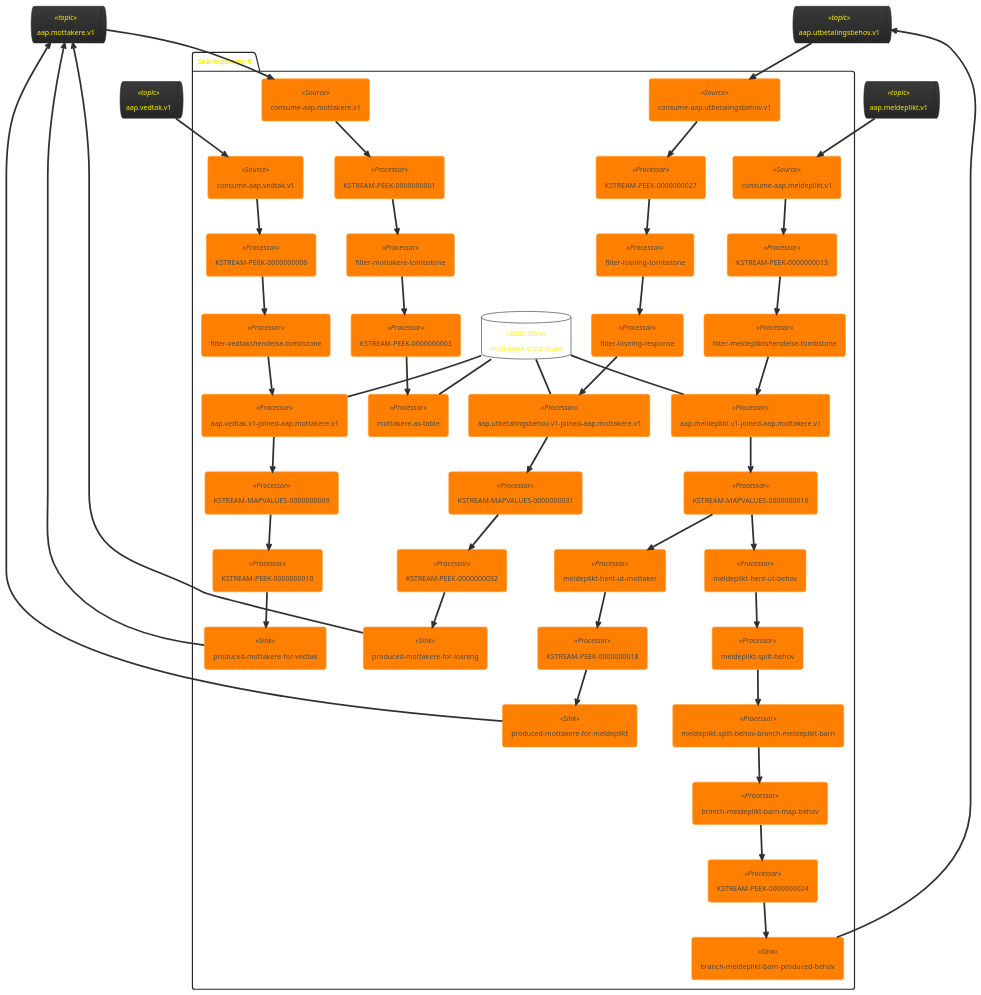
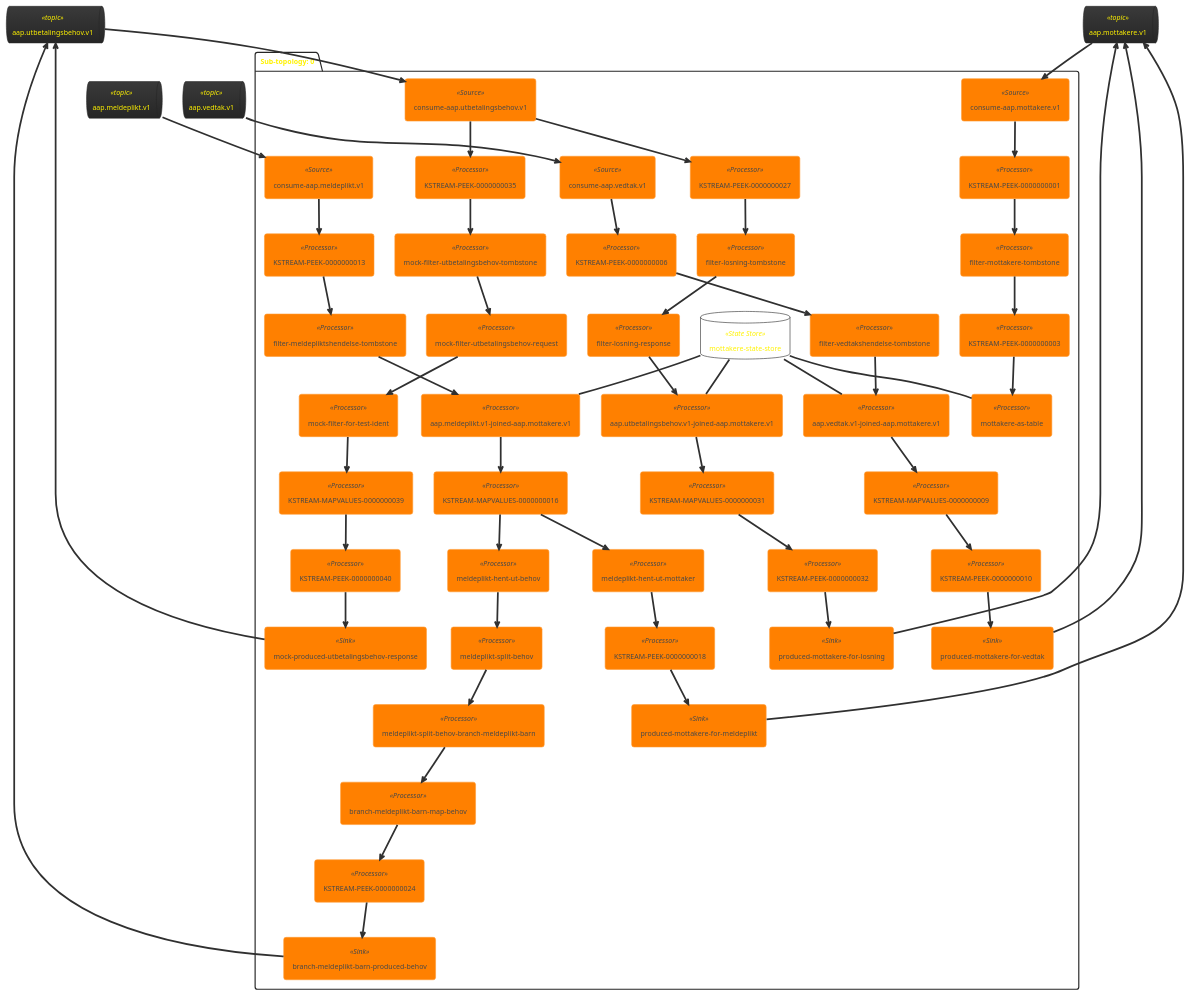
One commit to navikt/aap-utbetaling changed the diagram in doc/topology.puml. Above: the diagram before and after it, drawn with PlantUML. The commit also changed 3 other files, not shown here.

Commit message:
Oppretter mock for å svare på utbetalingsbehov

```diff
--- a/doc/topology.puml
+++ b/doc/topology.puml
@@ -1,86 +1,101 @@
 @startuml
 !theme black-knight
 queue "aap.utbetalingsbehov.v1" <<topic>> as aap_utbetalingsbehov_v1
 queue "aap.mottakere.v1" <<topic>> as aap_mottakere_v1
 queue "aap.meldeplikt.v1" <<topic>> as aap_meldeplikt_v1
 queue "aap.vedtak.v1" <<topic>> as aap_vedtak_v1
 package "Sub-topology: 0" {
 	database "mottakere-state-store" <<State Store>> as mottakere_state_store
+	agent "consume-aap.utbetalingsbehov.v1" <<Source>> as consume_aap_utbetalingsbehov_v1
 	agent "consume-aap.meldeplikt.v1" <<Source>> as consume_aap_meldeplikt_v1
 	agent "KSTREAM-PEEK-0000000013" <<Processor>> as KSTREAM_PEEK_0000000013
 	agent "filter-meldepliktshendelse-tombstone" <<Processor>> as filter_meldepliktshendelse_tombstone
 	agent "aap.meldeplikt.v1-joined-aap.mottakere.v1" <<Processor>> as aap_meldeplikt_v1_joined_aap_mottakere_v1
 	agent "KSTREAM-MAPVALUES-0000000016" <<Processor>> as KSTREAM_MAPVALUES_0000000016
-	agent "consume-aap.utbetalingsbehov.v1" <<Source>> as consume_aap_utbetalingsbehov_v1
 	agent "KSTREAM-PEEK-0000000027" <<Processor>> as KSTREAM_PEEK_0000000027
+	agent "KSTREAM-PEEK-0000000035" <<Processor>> as KSTREAM_PEEK_0000000035
 	agent "consume-aap.vedtak.v1" <<Source>> as consume_aap_vedtak_v1
 	agent "KSTREAM-PEEK-0000000006" <<Processor>> as KSTREAM_PEEK_0000000006
 	agent "filter-losning-tombstone" <<Processor>> as filter_losning_tombstone
 	agent "meldeplikt-hent-ut-behov" <<Processor>> as meldeplikt_hent_ut_behov
+	agent "mock-filter-utbetalingsbehov-tombstone" <<Processor>> as mock_filter_utbetalingsbehov_tombstone
 	agent "consume-aap.mottakere.v1" <<Source>> as consume_aap_mottakere_v1
 	agent "filter-losning-response" <<Processor>> as filter_losning_response
 	agent "filter-vedtakshendelse-tombstone" <<Processor>> as filter_vedtakshendelse_tombstone
 	agent "meldeplikt-split-behov" <<Processor>> as meldeplikt_split_behov
+	agent "mock-filter-utbetalingsbehov-request" <<Processor>> as mock_filter_utbetalingsbehov_request
 	agent "KSTREAM-PEEK-0000000001" <<Processor>> as KSTREAM_PEEK_0000000001
 	agent "aap.utbetalingsbehov.v1-joined-aap.mottakere.v1" <<Processor>> as aap_utbetalingsbehov_v1_joined_aap_mottakere_v1
 	agent "aap.vedtak.v1-joined-aap.mottakere.v1" <<Processor>> as aap_vedtak_v1_joined_aap_mottakere_v1
 	agent "meldeplikt-split-behov-branch-meldeplikt-barn" <<Processor>> as meldeplikt_split_behov_branch_meldeplikt_barn
+	agent "mock-filter-for-test-ident" <<Processor>> as mock_filter_for_test_ident
 	agent "KSTREAM-MAPVALUES-0000000009" <<Processor>> as KSTREAM_MAPVALUES_0000000009
 	agent "KSTREAM-MAPVALUES-0000000031" <<Processor>> as KSTREAM_MAPVALUES_0000000031
+	agent "KSTREAM-MAPVALUES-0000000039" <<Processor>> as KSTREAM_MAPVALUES_0000000039
 	agent "branch-meldeplikt-barn-map-behov" <<Processor>> as branch_meldeplikt_barn_map_behov
 	agent "filter-mottakere-tombstone" <<Processor>> as filter_mottakere_tombstone
 	agent "meldeplikt-hent-ut-mottaker" <<Processor>> as meldeplikt_hent_ut_mottaker
 	agent "KSTREAM-PEEK-0000000003" <<Processor>> as KSTREAM_PEEK_0000000003
 	agent "KSTREAM-PEEK-0000000010" <<Processor>> as KSTREAM_PEEK_0000000010
 	agent "KSTREAM-PEEK-0000000018" <<Processor>> as KSTREAM_PEEK_0000000018
 	agent "KSTREAM-PEEK-0000000024" <<Processor>> as KSTREAM_PEEK_0000000024
 	agent "KSTREAM-PEEK-0000000032" <<Processor>> as KSTREAM_PEEK_0000000032
+	agent "KSTREAM-PEEK-0000000040" <<Processor>> as KSTREAM_PEEK_0000000040
 	agent "branch-meldeplikt-barn-produced-behov" <<Sink>> as branch_meldeplikt_barn_produced_behov
+	agent "mock-produced-utbetalingsbehov-response" <<Sink>> as mock_produced_utbetalingsbehov_response
 	agent "mottakere-as-table" <<Processor>> as mottakere_as_table
 	agent "produced-mottakere-for-losning" <<Sink>> as produced_mottakere_for_losning
 	agent "produced-mottakere-for-meldeplikt" <<Sink>> as produced_mottakere_for_meldeplikt
 	agent "produced-mottakere-for-vedtak" <<Sink>> as produced_mottakere_for_vedtak
+	aap_utbetalingsbehov_v1 --> consume_aap_utbetalingsbehov_v1
 	aap_meldeplikt_v1 --> consume_aap_meldeplikt_v1
 	mottakere_state_store -- aap_meldeplikt_v1_joined_aap_mottakere_v1
-	aap_utbetalingsbehov_v1 --> consume_aap_utbetalingsbehov_v1
 	aap_vedtak_v1 --> consume_aap_vedtak_v1
 	aap_mottakere_v1 --> consume_aap_mottakere_v1
 	mottakere_state_store -- aap_utbetalingsbehov_v1_joined_aap_mottakere_v1
 	mottakere_state_store -- aap_vedtak_v1_joined_aap_mottakere_v1
 	aap_utbetalingsbehov_v1 <-- branch_meldeplikt_barn_produced_behov
+	aap_utbetalingsbehov_v1 <-- mock_produced_utbetalingsbehov_response
 	mottakere_state_store -- mottakere_as_table
 	aap_mottakere_v1 <-- produced_mottakere_for_losning
 	aap_mottakere_v1 <-- produced_mottakere_for_meldeplikt
 	aap_mottakere_v1 <-- produced_mottakere_for_vedtak
+	consume_aap_utbetalingsbehov_v1 --> KSTREAM_PEEK_0000000027
+	consume_aap_utbetalingsbehov_v1 --> KSTREAM_PEEK_0000000035
 	consume_aap_meldeplikt_v1 --> KSTREAM_PEEK_0000000013
 	KSTREAM_PEEK_0000000013 --> filter_meldepliktshendelse_tombstone
 	filter_meldepliktshendelse_tombstone --> aap_meldeplikt_v1_joined_aap_mottakere_v1
 	aap_meldeplikt_v1_joined_aap_mottakere_v1 --> KSTREAM_MAPVALUES_0000000016
 	KSTREAM_MAPVALUES_0000000016 --> meldeplikt_hent_ut_behov
 	KSTREAM_MAPVALUES_0000000016 --> meldeplikt_hent_ut_mottaker
-	consume_aap_utbetalingsbehov_v1 --> KSTREAM_PEEK_0000000027
 	KSTREAM_PEEK_0000000027 --> filter_losning_tombstone
+	KSTREAM_PEEK_0000000035 --> mock_filter_utbetalingsbehov_tombstone
 	consume_aap_vedtak_v1 --> KSTREAM_PEEK_0000000006
 	KSTREAM_PEEK_0000000006 --> filter_vedtakshendelse_tombstone
 	filter_losning_tombstone --> filter_losning_response
 	meldeplikt_hent_ut_behov --> meldeplikt_split_behov
+	mock_filter_utbetalingsbehov_tombstone --> mock_filter_utbetalingsbehov_request
 	consume_aap_mottakere_v1 --> KSTREAM_PEEK_0000000001
 	filter_losning_response --> aap_utbetalingsbehov_v1_joined_aap_mottakere_v1
 	filter_vedtakshendelse_tombstone --> aap_vedtak_v1_joined_aap_mottakere_v1
 	meldeplikt_split_behov --> meldeplikt_split_behov_branch_meldeplikt_barn
+	mock_filter_utbetalingsbehov_request --> mock_filter_for_test_ident
 	KSTREAM_PEEK_0000000001 --> filter_mottakere_tombstone
 	aap_utbetalingsbehov_v1_joined_aap_mottakere_v1 --> KSTREAM_MAPVALUES_0000000031
 	aap_vedtak_v1_joined_aap_mottakere_v1 --> KSTREAM_MAPVALUES_0000000009
 	meldeplikt_split_behov_branch_meldeplikt_barn --> branch_meldeplikt_barn_map_behov
+	mock_filter_for_test_ident --> KSTREAM_MAPVALUES_0000000039
 	KSTREAM_MAPVALUES_0000000009 --> KSTREAM_PEEK_0000000010
 	KSTREAM_MAPVALUES_0000000031 --> KSTREAM_PEEK_0000000032
+	KSTREAM_MAPVALUES_0000000039 --> KSTREAM_PEEK_0000000040
 	branch_meldeplikt_barn_map_behov --> KSTREAM_PEEK_0000000024
 	filter_mottakere_tombstone --> KSTREAM_PEEK_0000000003
 	meldeplikt_hent_ut_mottaker --> KSTREAM_PEEK_0000000018
 	KSTREAM_PEEK_0000000003 --> mottakere_as_table
 	KSTREAM_PEEK_0000000010 --> produced_mottakere_for_vedtak
 	KSTREAM_PEEK_0000000018 --> produced_mottakere_for_meldeplikt
 	KSTREAM_PEEK_0000000024 --> branch_meldeplikt_barn_produced_behov
 	KSTREAM_PEEK_0000000032 --> produced_mottakere_for_losning
+	KSTREAM_PEEK_0000000040 --> mock_produced_utbetalingsbehov_response
 }
 @enduml
```
